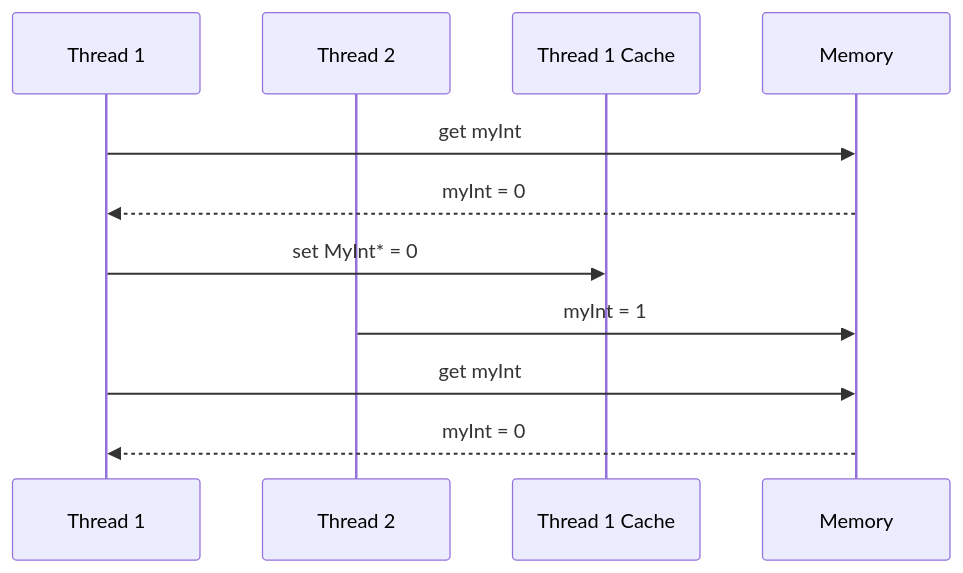
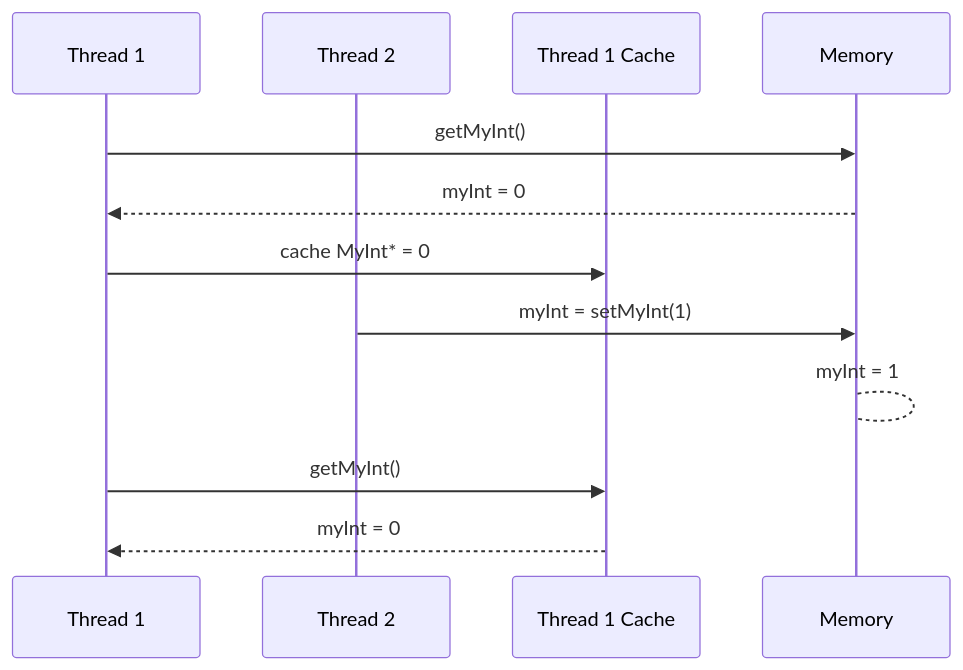
Before and after one commit to mojpalac/mojpalac: the tenth of 14 diagrams in docs/programming/android/threading.md, drawn with Mermaid. The commit also changed other lines of this file, not shown here.

````diff
--- a/docs/programming/android/threading.md
+++ b/docs/programming/android/threading.md
@@ -181,14 +239,15 @@
 ``` mermaid
 sequenceDiagram
 participant Thread 1
 participant Thread 2
 participant Thread 1 Cache
 participant Memory
 
-  Thread 1->> Memory: get myInt
+  Thread 1->> Memory: getMyInt()
   Memory -->> Thread 1: myInt = 0
-  Thread 1->> Thread 1 Cache: set MyInt* = 0
-  Thread 2->> Memory: myInt = 1
-  Thread 1->> Memory: get myInt
-  Memory -->> Thread 1: myInt = 0
+  Thread 1->> Thread 1 Cache: cache MyInt* = 0
+  Thread 2->> Memory: myInt = setMyInt(1)
+  Memory --> Memory: myInt = 1
+  Thread 1->> Thread 1 Cache: getMyInt()
+  Thread 1 Cache -->> Thread 1: myInt = 0
 ```
````
